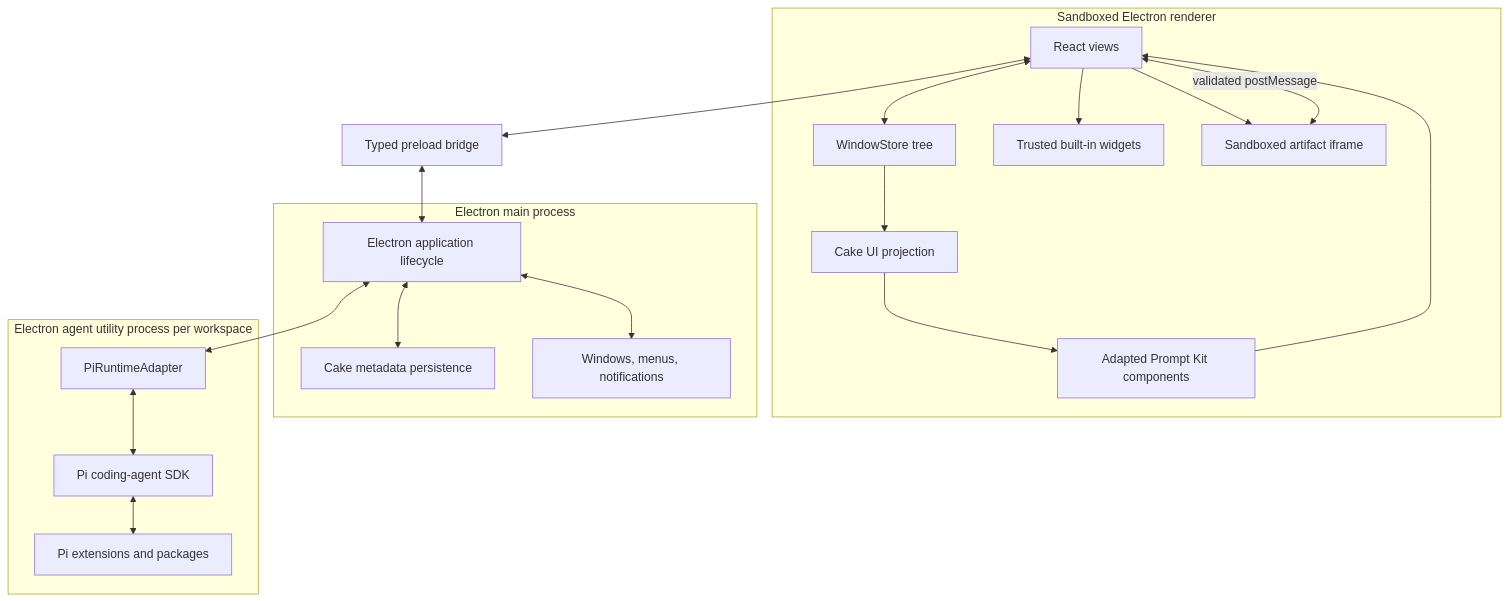
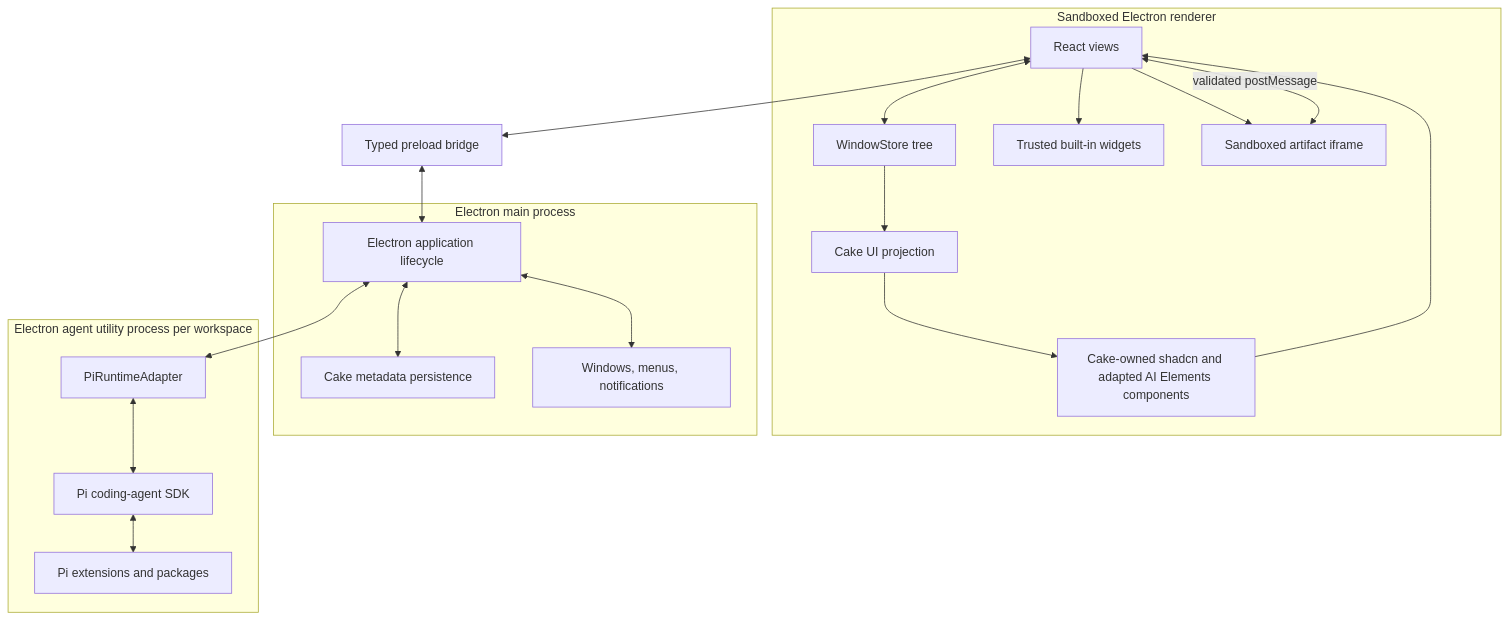
One commit to melnikov-s/cake changed the second of 2 diagrams in PLAN.md. Above: the diagram before and after it, drawn with Mermaid. The commit also changed other lines of this file and 7 other files, not shown here.

````diff
--- a/PLAN.md
+++ b/PLAN.md
@@ -185,40 +185,40 @@
 ```mermaid
 flowchart TB
     subgraph Renderer["Sandboxed Electron renderer"]
         React["React views"]
         WindowStore["WindowStore tree"]
         UiAdapter["Cake UI projection"]
-        PromptKit["Adapted Prompt Kit components"]
+        Components["Cake-owned shadcn and adapted AI Elements components"]
         Builtins["Trusted built-in widgets"]
         Frame["Sandboxed artifact iframe"]
         React <--> WindowStore
         WindowStore --> UiAdapter
-        UiAdapter --> PromptKit
-        PromptKit --> React
+        UiAdapter --> Components
+        Components --> React
         React --> Builtins
         React --> Frame
     end
 
     Preload["Typed preload bridge"]
 
     subgraph Main["Electron main process"]
         Lifecycle["Electron application lifecycle"]
         Persist["Cake metadata persistence"]
         Windows["Windows, menus, notifications"]
     end
 
     subgraph Agent["Electron agent utility process per workspace"]
         Adapter["PiRuntimeAdapter"]
         Pi["Pi coding-agent SDK"]
         Extensions["Pi extensions and packages"]
         Adapter <--> Pi
         Pi <--> Extensions
     end
 
     React <--> Preload
     Preload <--> Lifecycle
     Lifecycle <--> Persist
     Lifecycle <--> Windows
     Lifecycle <--> Adapter
     Frame <-->|"validated postMessage"| React
 ```
````
